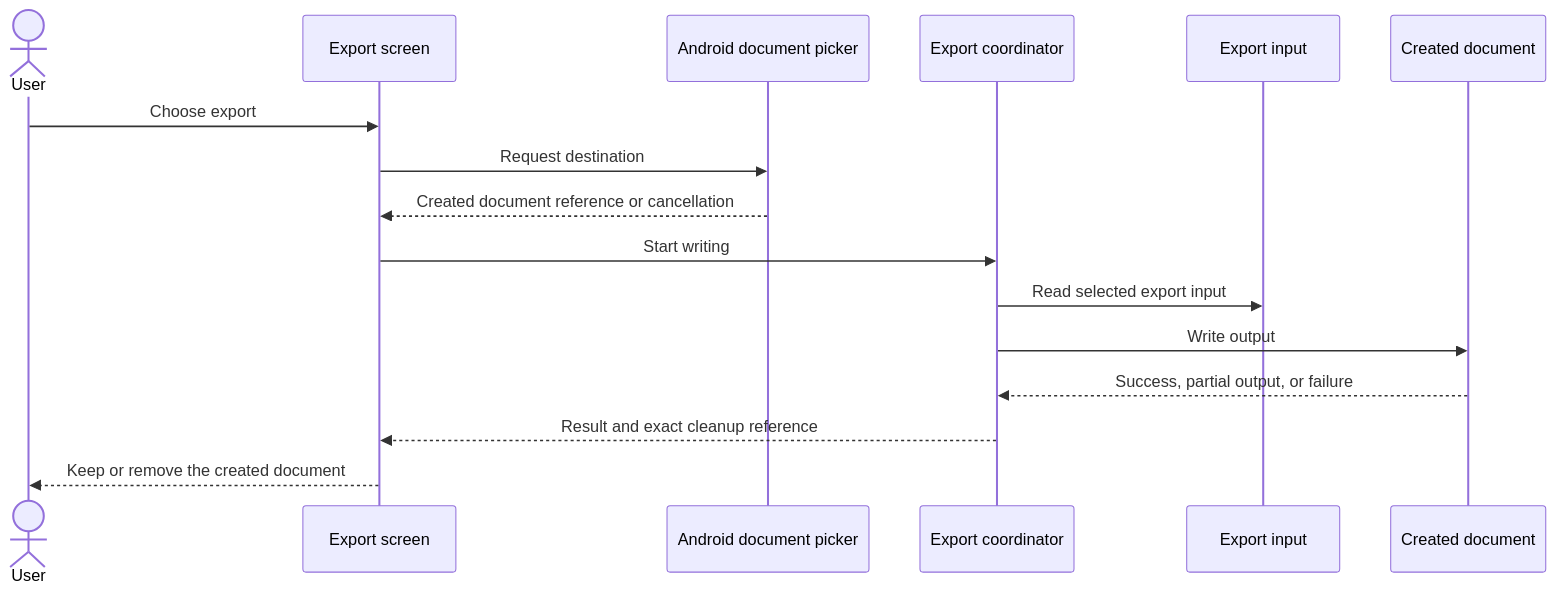
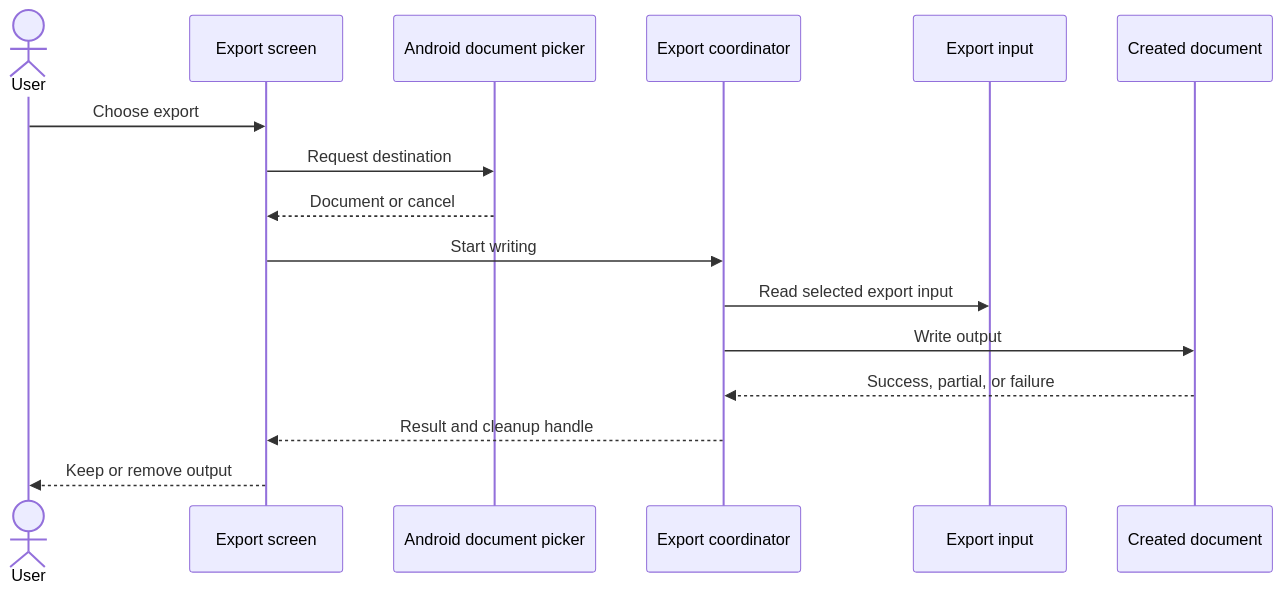
The first of 4 diagrams in docs/kmk/feature-guides/sharing-screenshots-and-exported-files-safely.md (FancyCorey/komikku-KMK), drawn with Mermaid before and after one commit. The commit also changed 9 other files, not shown here.

Commit message:
Improve Mermaid diagram readability

````diff
--- a/docs/kmk/feature-guides/sharing-screenshots-and-exported-files-safely.md
+++ b/docs/kmk/feature-guides/sharing-screenshots-and-exported-files-safely.md
@@ -27,19 +27,19 @@
 ```mermaid
 sequenceDiagram
     actor User
     participant Screen as Export screen
     participant Picker as Android document picker
     participant Exporter as Export coordinator
     participant Source as Export input
     participant Document as Created document
 
     User->>Screen: Choose export
     Screen->>Picker: Request destination
-    Picker-->>Screen: Created document reference or cancellation
+    Picker-->>Screen: Document or cancel
     Screen->>Exporter: Start writing
     Exporter->>Source: Read selected export input
     Exporter->>Document: Write output
-    Document-->>Exporter: Success, partial output, or failure
-    Exporter-->>Screen: Result and exact cleanup reference
-    Screen-->>User: Keep or remove the created document
+    Document-->>Exporter: Success, partial, or failure
+    Exporter-->>Screen: Result and cleanup handle
+    Screen-->>User: Keep or remove output
 ```
````
